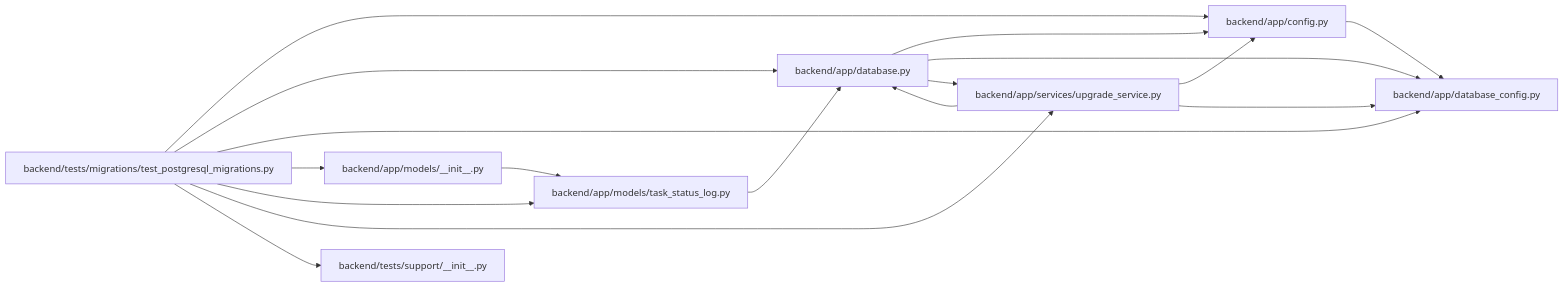
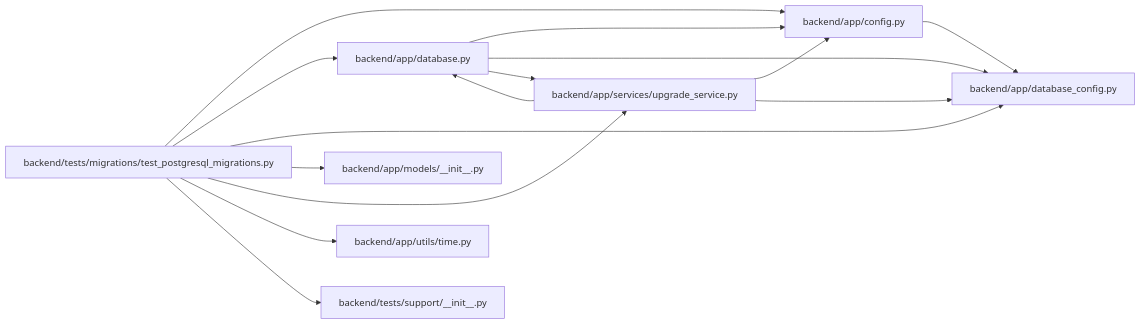
Before and after one commit to Denissvgn/WorkChord: the diagram in docs/llm_wiki/modules/test_postgresql_migrations.md, drawn with Mermaid. The commit also changed other lines of this file and 778 other files, not shown here.

````diff
--- a/docs/llm_wiki/modules/test_postgresql_migrations.md
+++ b/docs/llm_wiki/modules/test_postgresql_migrations.md
@@ -39,35 +35,33 @@
 ```mermaid
 flowchart LR
     n0["backend/app/config.py"]
     n1["backend/app/database.py"]
     n2["backend/app/database_config.py"]
     n3["backend/app/models/__init__.py"]
-    n4["backend/app/models/task_status_log.py"]
-    n5["backend/app/services/upgrade_service.py"]
+    n4["backend/app/services/upgrade_service.py"]
+    n5["backend/app/utils/time.py"]
     n6["backend/tests/migrations/test_postgresql_migrations.py"]
     n7["backend/tests/support/__init__.py"]
     n0 --> n2
     n1 --> n0
     n1 --> n2
-    n1 --> n5
-    n3 --> n4
+    n1 --> n4
+    n4 --> n0
     n4 --> n1
-    n5 --> n0
-    n5 --> n1
-    n5 --> n2
+    n4 --> n2
     n6 --> n0
     n6 --> n1
     n6 --> n2
     n6 --> n3
     n6 --> n4
     n6 --> n5
     n6 --> n7
     click n0 "../modules/config.md"
     click n1 "../modules/app_database.md"
     click n2 "../modules/database_config.md"
     click n3 "../modules/models___init__.md"
-    click n4 "../modules/task_status_log.md"
-    click n5 "../modules/upgrade_service.md"
+    click n4 "../modules/upgrade_service.md"
+    click n5 "../modules/time.md"
     click n6 "../modules/test_postgresql_migrations.md"
     click n7 "../modules/support___init__.md"
 ```
````
